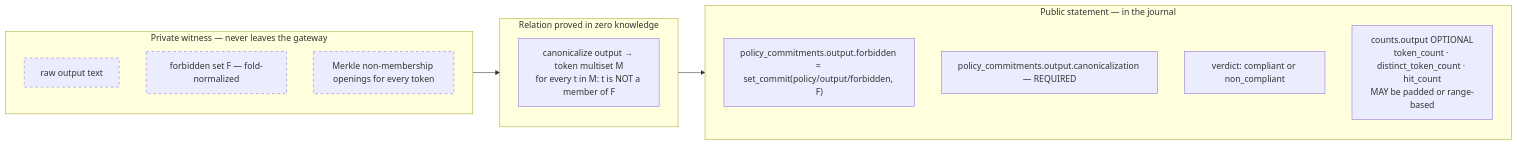
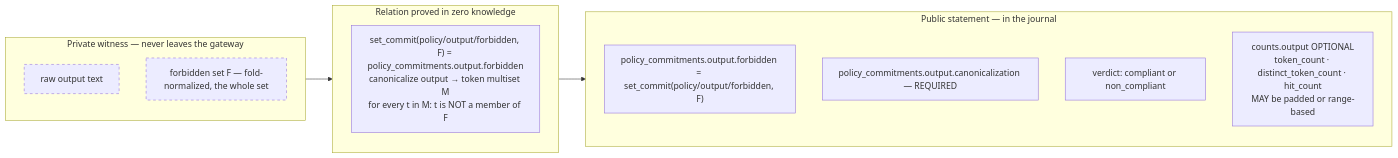
One commit to hashgraph-online/cryptographic-agent-execution-wg changed diagram 17 of 23 in drafts/ZKBC-Architecture-Diagrams.md. Above: the diagram before and after it, drawn with Mermaid. The commit also changed other lines of this file and 3 other files, not shown here.

First line of the commit message:
spec: native program identity, flat set commitments, explicit hash bounds

````diff
--- a/drafts/ZKBC-Architecture-Diagrams.md
+++ b/drafts/ZKBC-Architecture-Diagrams.md
@@ -802,25 +806,24 @@
 ```mermaid
 flowchart LR
   subgraph W["Private witness — never leaves the gateway"]
     direction TB
     w1["raw output text"]
-    w2["forbidden set F — fold-normalized"]
-    w3["Merkle non-membership openings for every token"]
+    w2["forbidden set F — fold-normalized, the whole set"]
   end
 
   subgraph Rl["Relation proved in zero knowledge"]
-    r1["canonicalize output → token multiset M<br/>for every t in M: t is NOT a member of F"]
+    r1["set_commit(policy/output/forbidden, F) = policy_commitments.output.forbidden<br/>canonicalize output → token multiset M<br/>for every t in M: t is NOT a member of F"]
   end
 
   subgraph Pub["Public statement — in the journal"]
     direction TB
     c1["policy_commitments.output.forbidden = set_commit(policy/output/forbidden, F)"]
     c2["policy_commitments.output.canonicalization — REQUIRED"]
     c3["verdict: compliant or non_compliant"]
     c4["counts.output OPTIONAL<br/>token_count · distinct_token_count · hit_count<br/>MAY be padded or range-based"]
   end
 
   W --> Rl --> Pub
   classDef witness stroke-dasharray: 5 5;
-  class w1,w2,w3 witness;
+  class w1,w2 witness;
 ```
````
